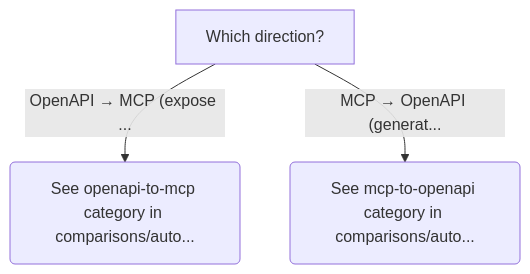
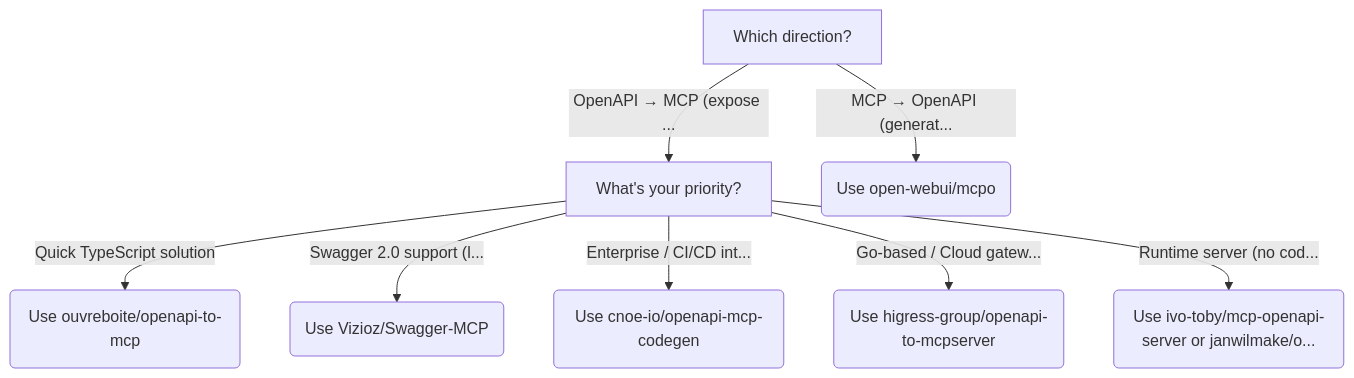
One commit to kb4ai/mcp-client-tools-comparison-pub-kb changed the sixth of 10 diagrams in comparisons/decision-tree.md. Above: the diagram before and after it, drawn with Mermaid. The commit also changed other lines of this file and 4 other files, not shown here.

````diff
--- a/comparisons/decision-tree.md
+++ b/comparisons/decision-tree.md
@@ -119,10 +141,20 @@
 ```mermaid
 %% Subtree: OpenAPI ↔ MCP Conversion
 
 flowchart TD
     mcp_tool_chooser_4["Which direction?"]
     mcp_tool_chooser_4 -->|"OpenAPI → MCP (expose ..."| mcp_tool_chooser_4_0
-    mcp_tool_chooser_4_0("See openapi-to-mcp category in comparisons/auto...")
+    mcp_tool_chooser_4_0["What's your priority?"]
+    mcp_tool_chooser_4_0 -->|"Quick TypeScript solution"| mcp_tool_chooser_4_0_0
+    mcp_tool_chooser_4_0_0("Use ouvreboite/openapi-to-mcp")
+    mcp_tool_chooser_4_0 -->|"Swagger 2.0 support (l..."| mcp_tool_chooser_4_0_1
+    mcp_tool_chooser_4_0_1("Use Vizioz/Swagger-MCP")
+    mcp_tool_chooser_4_0 -->|"Enterprise / CI/CD int..."| mcp_tool_chooser_4_0_2
+    mcp_tool_chooser_4_0_2("Use cnoe-io/openapi-mcp-codegen")
+    mcp_tool_chooser_4_0 -->|"Go-based / Cloud gatew..."| mcp_tool_chooser_4_0_3
+    mcp_tool_chooser_4_0_3("Use higress-group/openapi-to-mcpserver")
+    mcp_tool_chooser_4_0 -->|"Runtime server (no cod..."| mcp_tool_chooser_4_0_4
+    mcp_tool_chooser_4_0_4("Use ivo-toby/mcp-openapi-server or janwilmake/o...")
     mcp_tool_chooser_4 -->|"MCP → OpenAPI (generat..."| mcp_tool_chooser_4_1
-    mcp_tool_chooser_4_1("See mcp-to-openapi category in comparisons/auto...")
+    mcp_tool_chooser_4_1("Use open-webui/mcpo")
 ```
````
